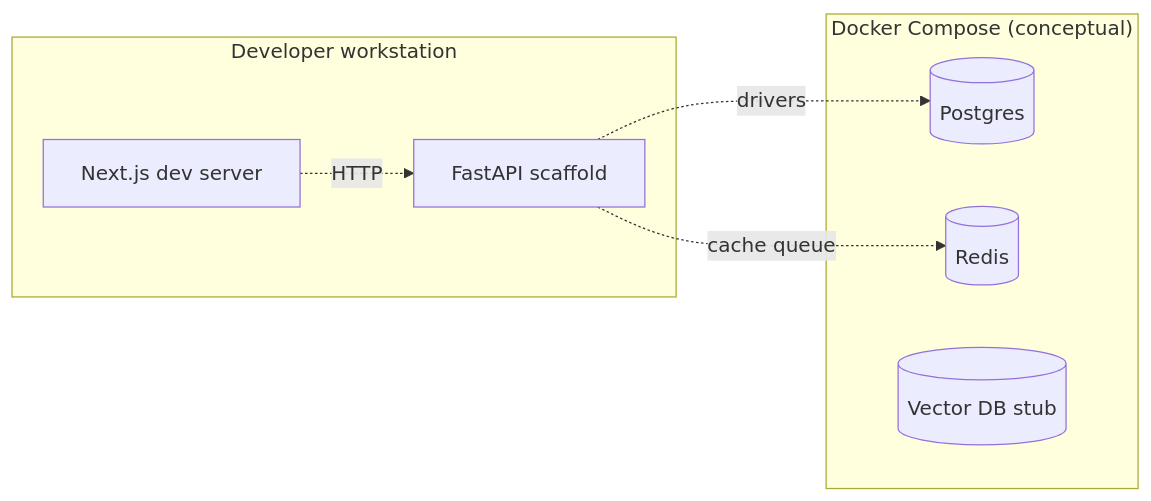
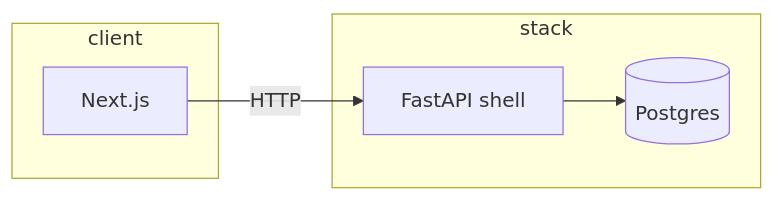
The first of 5 diagrams in docs/internal/PROJECT_SYSTEM_DESIGN_EVOLUTION.md (anulsasidharan/Unified-RAG-Studio), drawn with Mermaid before and after one commit. The commit also changed other lines of this file and 22 other files, not shown here.

````diff
--- a/docs/internal/PROJECT_SYSTEM_DESIGN_EVOLUTION.md
+++ b/docs/internal/PROJECT_SYSTEM_DESIGN_EVOLUTION.md
@@ -14,15 +11,12 @@
 ```mermaid
 flowchart LR
-  subgraph Dev["Developer workstation"]
-    DEV[Next.js dev server]
-    API[FastAPI scaffold]
+  subgraph client
+    Web[Next.js]
   end
-  subgraph Infra["Docker Compose (conceptual)"]
-    PG[(Postgres)]
-    RD[(Redis)]
-    VS[(Vector DB stub)]
+  subgraph stack
+    API[FastAPI shell]
+    DB[(Postgres)]
   end
-  DEV -. HTTP .-> API
-  API -. drivers .-> PG
-  API -. cache queue .-> RD
+  Web -->|HTTP| API
+  API --> DB
 ```
````
